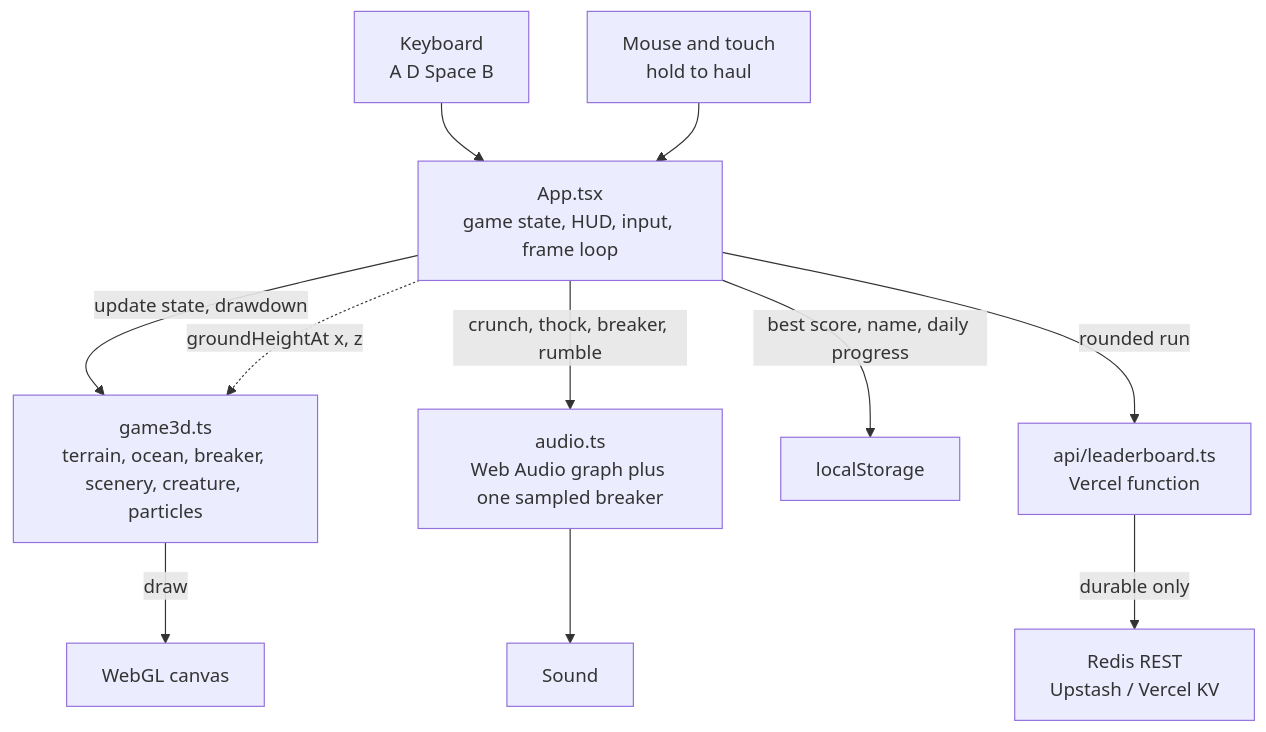
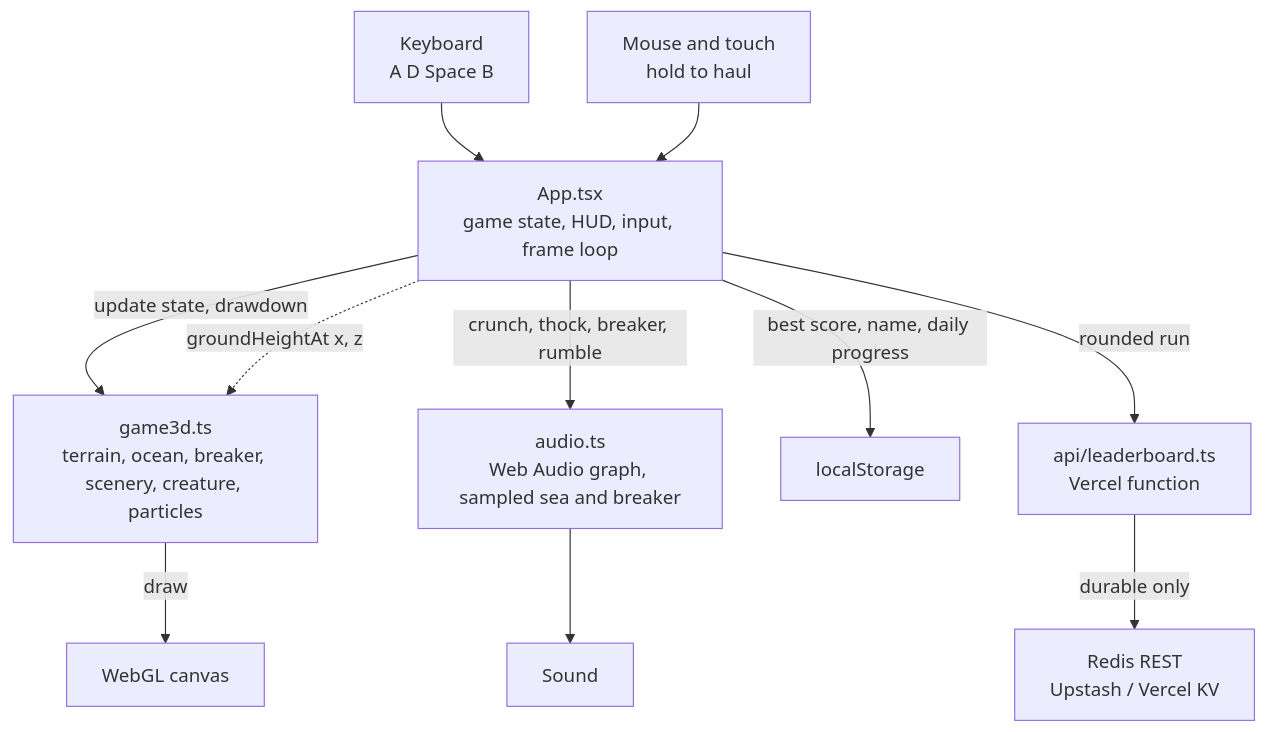
Before and after one commit to thesithunyein/wrackline: the fifth of 5 diagrams in README.md, drawn with Mermaid. The commit also changed other lines of this file and 4 other files, not shown here.

````diff
--- a/README.md
+++ b/README.md
@@ -517,13 +521,13 @@
 ```mermaid
 flowchart TD
   Keys["Keyboard<br/>A D Space B"] --> App
   Pointer["Mouse and touch<br/>hold to haul"] --> App
   App["App.tsx<br/>game state, HUD, input, frame loop"] -->|"update state, drawdown"| Engine["game3d.ts<br/>terrain, ocean, breaker, scenery, creature, particles"]
   Engine -->|"draw"| Canvas["WebGL canvas"]
-  App -->|"crunch, thock, breaker, rumble"| Audio["audio.ts<br/>Web Audio graph plus one sampled breaker"]
+  App -->|"crunch, thock, breaker, rumble"| Audio["audio.ts<br/>Web Audio graph, sampled sea and breaker"]
   Audio --> Speakers["Sound"]
   App -->|"best score, name, daily progress"| Store["localStorage"]
   App -->|"rounded run"| Endpoint["api/leaderboard.ts<br/>Vercel function"]
   Endpoint -->|"durable only"| Vault["Redis REST<br/>Upstash / Vercel KV"]
   App -.->|"groundHeightAt x, z"| Engine
 ```
````
